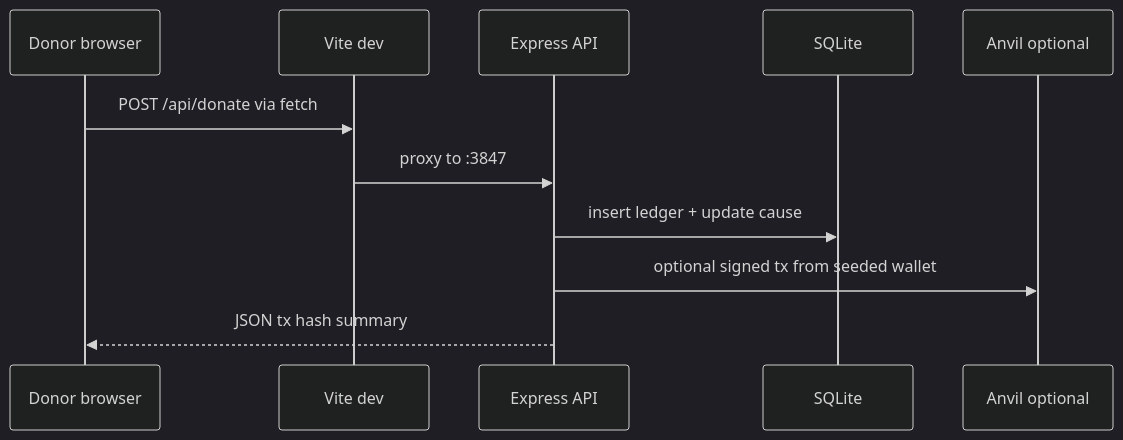
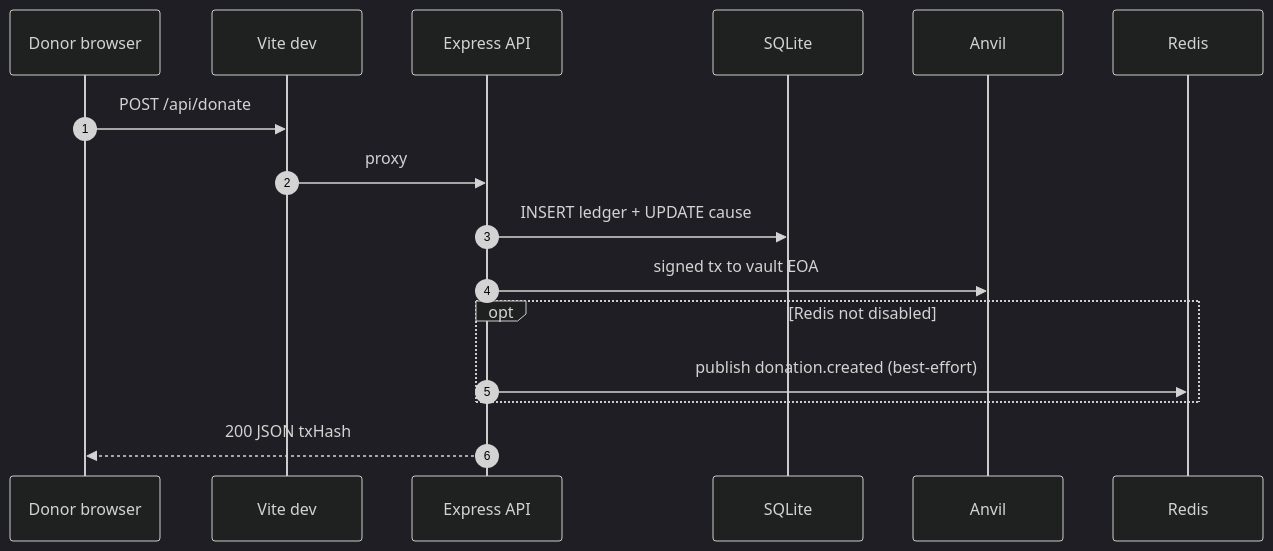
The fourth of 6 diagrams in docs/ARCHITECTURE.md (RbbSukhRkhe1/NewRepo), drawn with Mermaid (dark theme) before and after one commit. The commit also changed other lines of this file and 21 other files, not shown here.

Commit message:
Add Redis events, architecture ADRs, OpenAPI stubs, and doc updates

````diff
--- a/docs/ARCHITECTURE.md
+++ b/docs/ARCHITECTURE.md
@@ -30,14 +137,19 @@
 ```mermaid
 sequenceDiagram
+  autonumber
   participant U as Donor browser
   participant V as Vite dev
   participant A as Express API
   participant D as SQLite
-  participant C as Anvil optional
+  participant C as Anvil
+  participant R as Redis
 
-  U->>V: POST /api/donate via fetch
-  V->>A: proxy to :3847
-  A->>D: insert ledger + update cause
-  A->>C: optional signed tx from seeded wallet
-  A-->>U: JSON tx hash summary
+  U->>V: POST /api/donate
+  V->>A: proxy
+  A->>D: INSERT ledger + UPDATE cause
+  A->>C: signed tx to vault EOA
+  opt Redis not disabled
+    A->>R: publish donation.created (best-effort)
+  end
+  A-->>U: 200 JSON txHash
 ```
````
